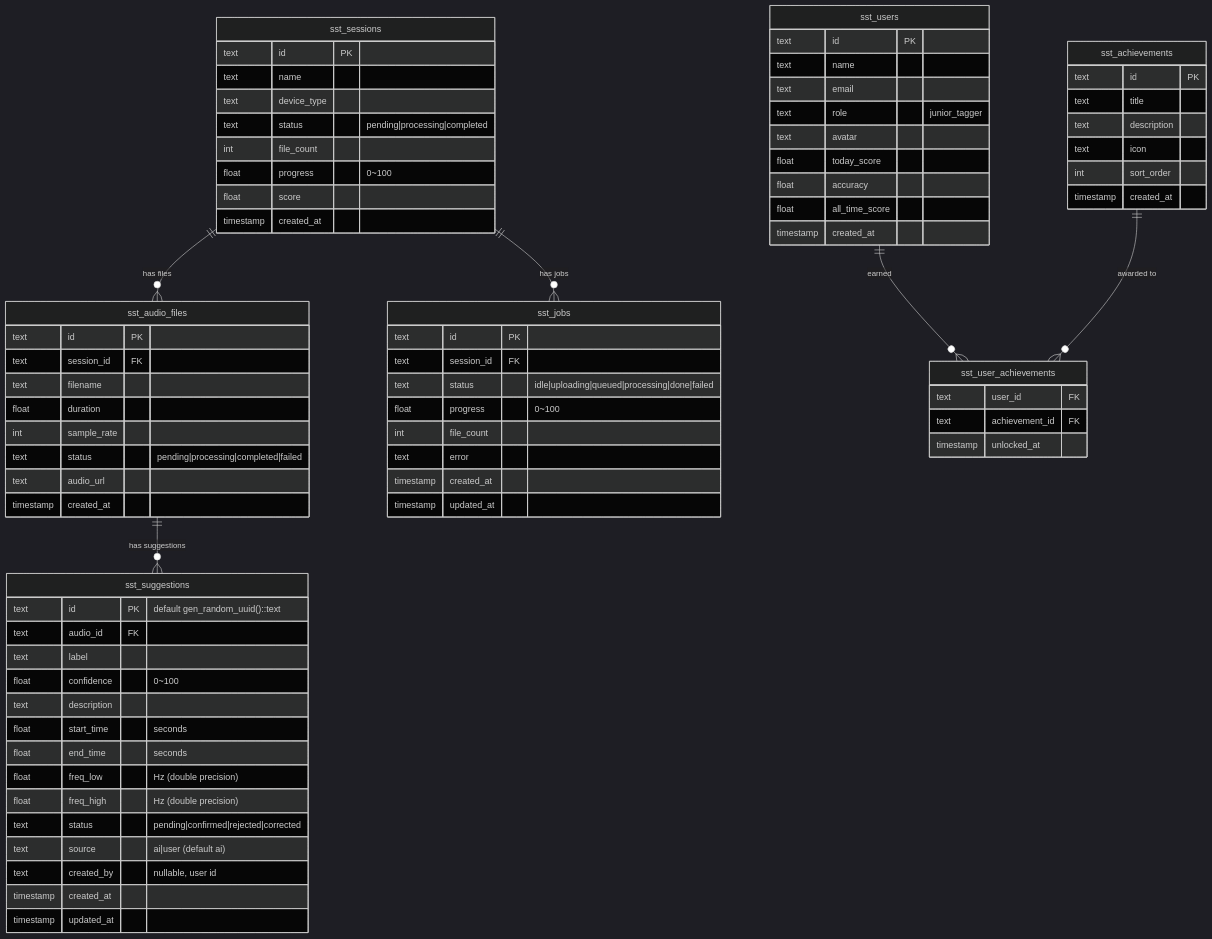
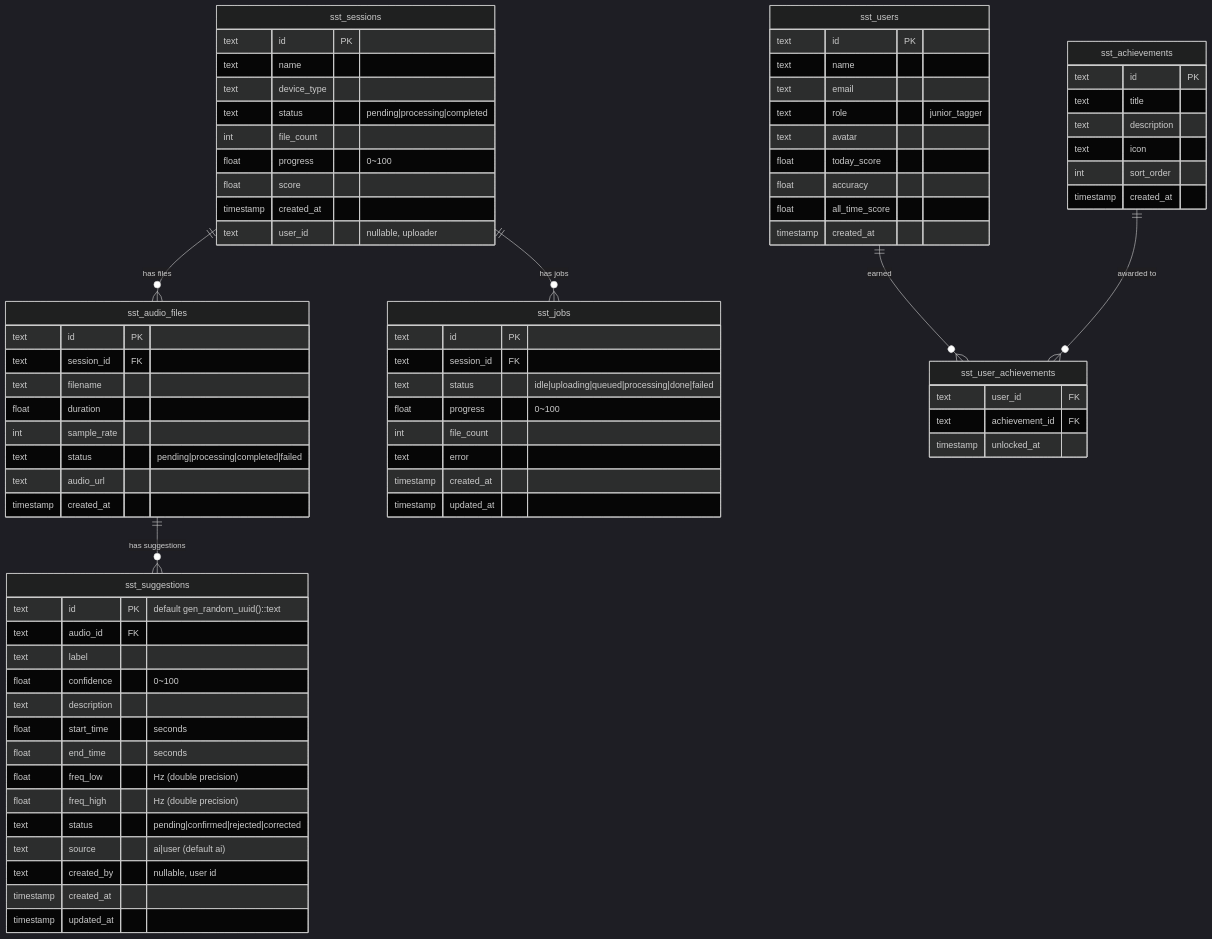
The third of 10 diagrams in docs/architecture-diagrams.md (kimjuyoung1127/GameLab), drawn with Mermaid (dark theme) before and after one commit. The commit also changed 17 other files, not shown here.

```diff
--- a/docs/architecture-diagrams.md
+++ b/docs/architecture-diagrams.md
@@ -132,6 +132,7 @@
     float progress "0~100"
     float score
     timestamp created_at
+    text user_id "nullable, uploader"
   }
 
   sst_audio_files {
```
